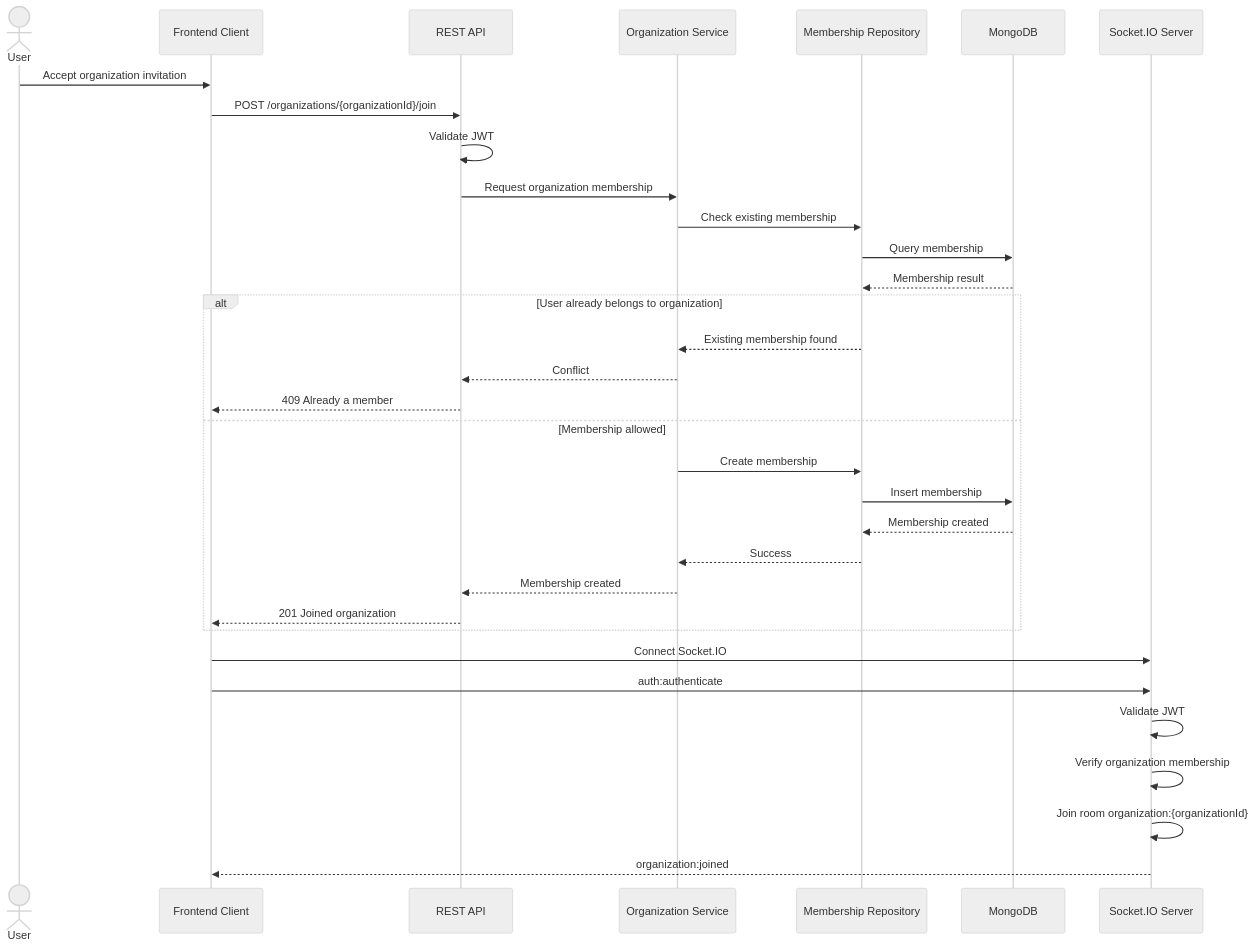
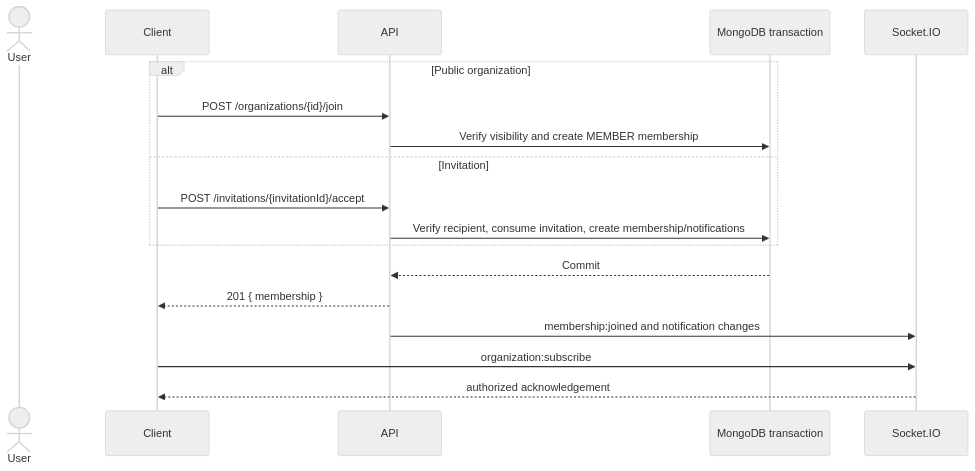
Before and after one commit to RamyMohamed47/intouch-docs: the diagram in Diagrams/Sequence - Join Organization.md, drawn with Mermaid (neutral theme). The commit also changed 80 other files, not shown here.

Commit message:
align documentation vault with current InTouch architecture

````diff
--- a/Diagrams/Sequence - Join Organization.md
+++ b/Diagrams/Sequence - Join Organization.md
@@ -1,62 +3,20 @@
-```mermaid
+~~~mermaid
 sequenceDiagram
-
-    actor User
-
-    participant Client as Frontend Client
-    participant API as REST API
-    participant OrgService as Organization Service
-    participant MembershipRepo as Membership Repository
-    participant DB as MongoDB
-    participant Socket as Socket.IO Server
-
-    User->>Client: Accept organization invitation
-
-    Client->>API: POST /organizations/{organizationId}/join
-
-    API->>API: Validate JWT
-
-    API->>OrgService: Request organization membership
-
-    OrgService->>MembershipRepo: Check existing membership
-
-    MembershipRepo->>DB: Query membership
-
-    DB-->>MembershipRepo: Membership result
-
-    alt User already belongs to organization
-
-        MembershipRepo-->>OrgService: Existing membership found
-
-        OrgService-->>API: Conflict
-
-        API-->>Client: 409 Already a member
-
-    else Membership allowed
-
-        OrgService->>MembershipRepo: Create membership
-
-        MembershipRepo->>DB: Insert membership
-
-        DB-->>MembershipRepo: Membership created
-
-        MembershipRepo-->>OrgService: Success
-
-        OrgService-->>API: Membership created
-
-        API-->>Client: 201 Joined organization
-
-    end
-
-    Client->>Socket: Connect Socket.IO
-
-    Client->>Socket: auth:authenticate
-
-    Socket->>Socket: Validate JWT
-
-    Socket->>Socket: Verify organization membership
-
-    Socket->>Socket: Join room organization:{organizationId}
-
-    Socket-->>Client: organization:joined
-```
+  actor User
+  participant Client
+  participant API
+  participant DB as MongoDB transaction
+  participant Socket as Socket.IO
+  alt Public organization
+    Client->>API: POST /organizations/{id}/join
+    API->>DB: Verify visibility and create MEMBER membership
+  else Invitation
+    Client->>API: POST /invitations/{invitationId}/accept
+    API->>DB: Verify recipient, consume invitation, create membership/notifications
+  end
+  DB-->>API: Commit
+  API-->>Client: 201 { membership }
+  API->>Socket: membership:joined and notification changes
+  Client->>Socket: organization:subscribe
+  Socket-->>Client: authorized acknowledgement
+~~~
````
